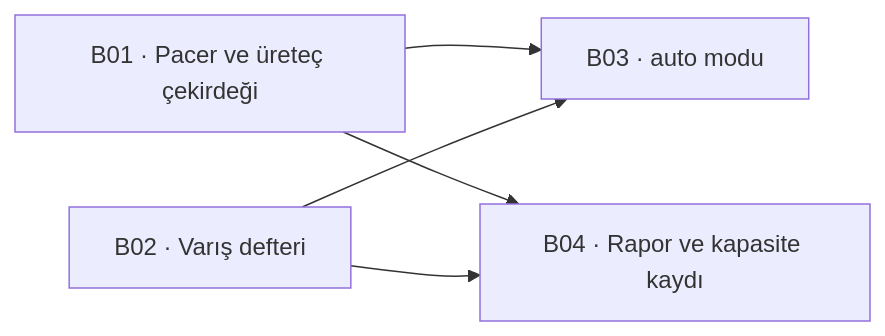
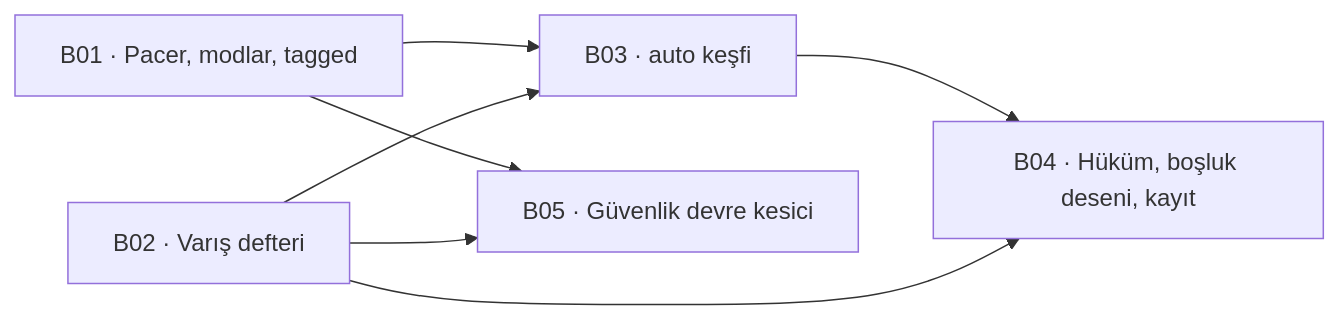
One commit to hakkisagdic/loganalyzer changed the diagram in docs/epic/kapasite-olcumu/index.md. Above: the diagram before and after it, drawn with Mermaid. The commit also changed other lines of this file, not shown here.

````diff
--- a/docs/epic/kapasite-olcumu/index.md
+++ b/docs/epic/kapasite-olcumu/index.md
@@ -102,7 +141,9 @@
 ```mermaid
 graph LR
-  B01[B01 · Pacer ve üreteç çekirdeği] --> B03[B03 · auto modu]
+  B01[B01 · Pacer, modlar, tagged] --> B03[B03 · auto keşfi]
   B02[B02 · Varış defteri] --> B03
-  B01 --> B04[B04 · Rapor ve kapasite kaydı]
+  B01 --> B05[B05 · Güvenlik devre kesici]
+  B02 --> B05
+  B03 --> B04[B04 · Hüküm, boşluk deseni, kayıt]
   B02 --> B04
 ```
````
